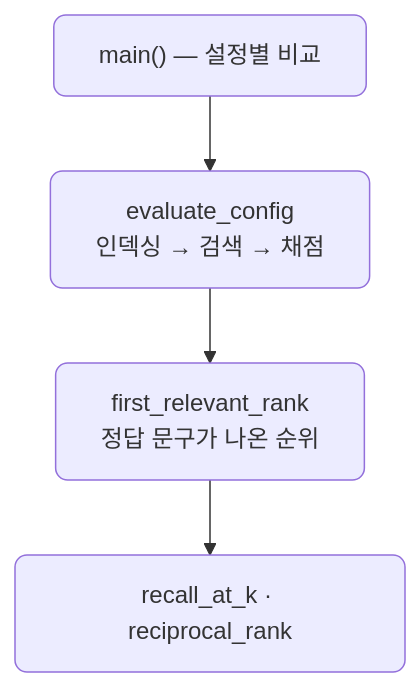
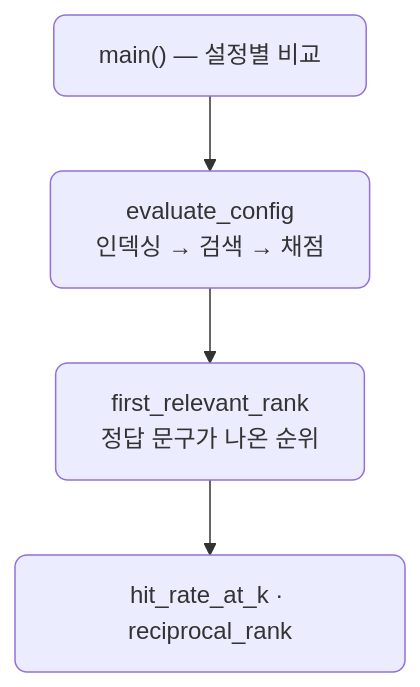
One commit to CodeCompose7/ai_service_engineering changed the fifth of 5 diagrams in docs/section2/lec07/README.md. Above: the diagram before and after it, drawn with Mermaid. The commit also changed other lines of this file and 2 other files, not shown here.

First line of the commit message:
lec07: 지표 이름을 Hit Rate@k로 정정, precision/recall 정의 추가

````diff
--- a/docs/section2/lec07/README.md
+++ b/docs/section2/lec07/README.md
@@ -103,8 +113,8 @@
 ```mermaid
 flowchart TB
   MAIN["main() — 설정별 비교"]
   MAIN --> EC["evaluate_config<br/>인덱싱 → 검색 → 채점"]
   EC --> FR["first_relevant_rank<br/>정답 문구가 나온 순위"]
-  FR --> SC["recall_at_k · reciprocal_rank"]
+  FR --> SC["hit_rate_at_k · reciprocal_rank"]
   classDef default rx:8,ry:8;
 ```
````
